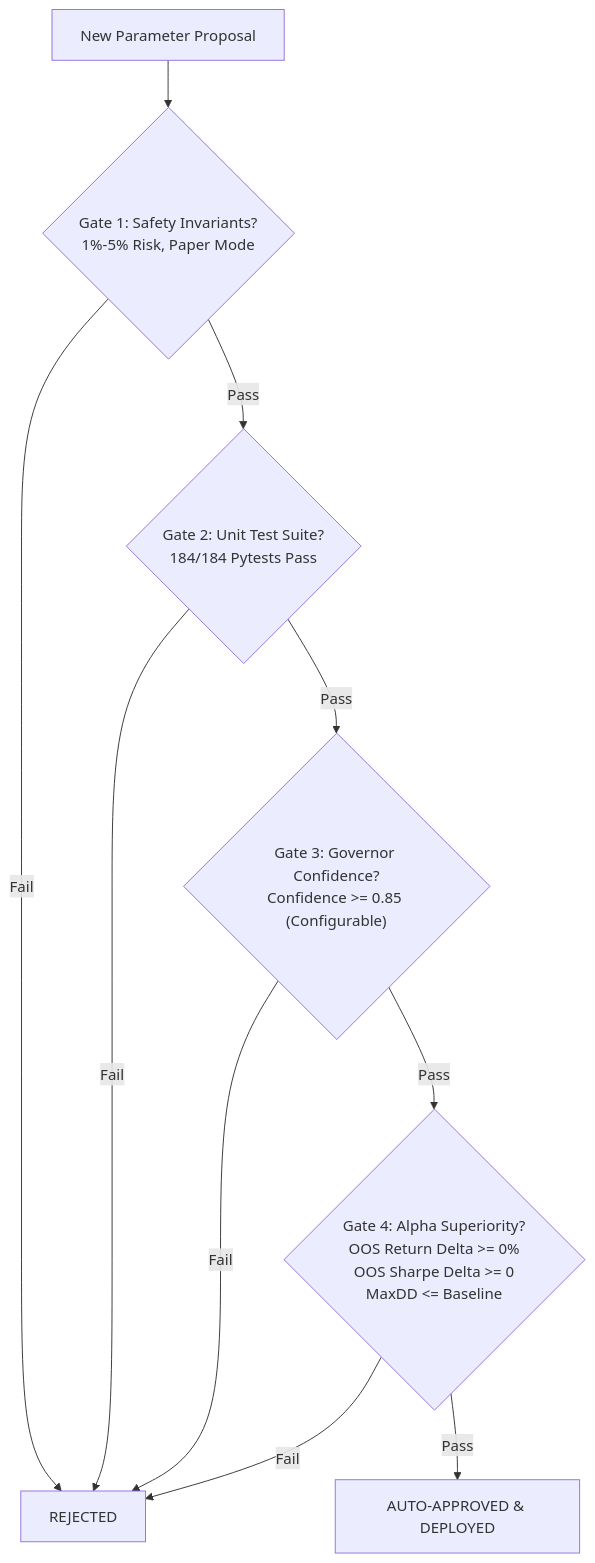
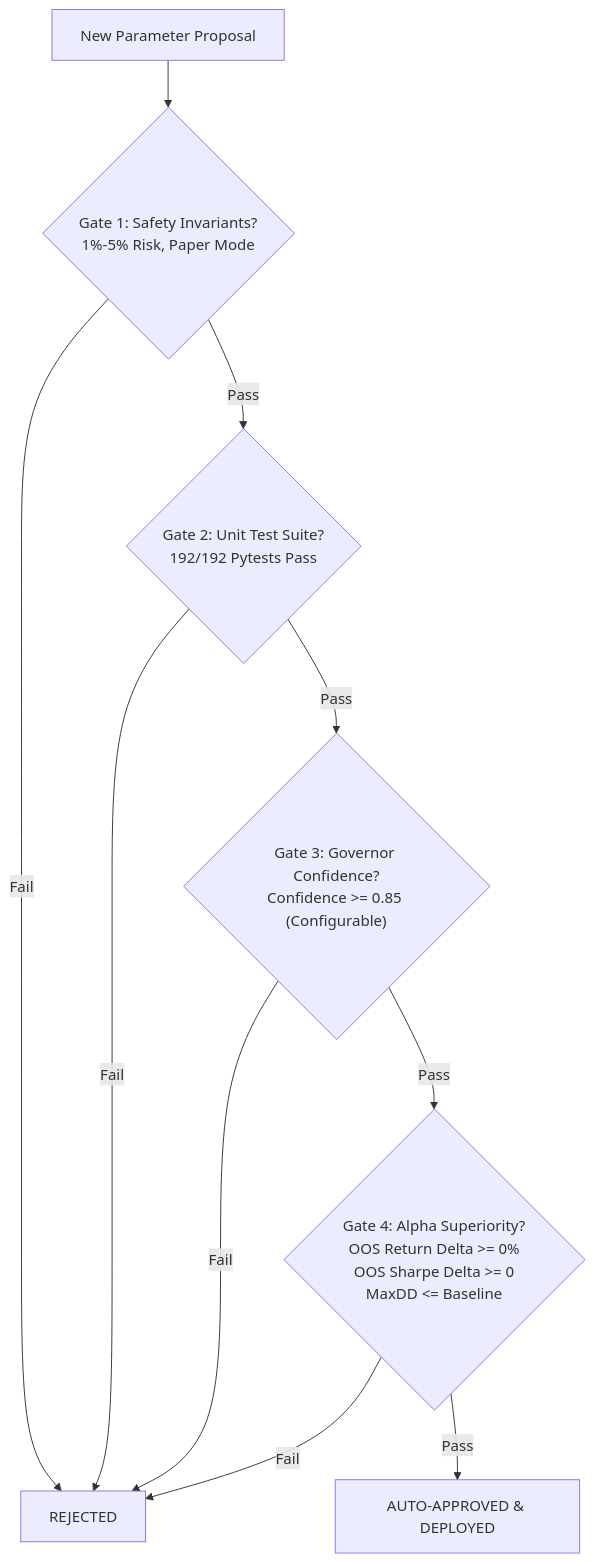
Before and after one commit to iShmuel/web4-trading-agent: the fourth of 5 diagrams in docs/SYSTEM_WALKTHROUGH.md, drawn with Mermaid. The commit also changed other lines of this file and 1 other file, not shown here.

````diff
--- a/docs/SYSTEM_WALKTHROUGH.md
+++ b/docs/SYSTEM_WALKTHROUGH.md
@@ -359,12 +359,12 @@
 ```mermaid
 flowchart TD
     Candidate["New Parameter Proposal"] --> G1{"Gate 1: Safety Invariants?<br/>1%-5% Risk, Paper Mode"}
     G1 -- Fail --> Reject["REJECTED"]
-    G1 -- Pass --> G2{"Gate 2: Unit Test Suite?<br/>184/184 Pytests Pass"}
+    G1 -- Pass --> G2{"Gate 2: Unit Test Suite?<br/>192/192 Pytests Pass"}
     G2 -- Fail --> Reject
     G2 -- Pass --> G3{"Gate 3: Governor Confidence?<br/>Confidence >= 0.85 (Configurable)"}
     G3 -- Fail --> Reject
     G3 -- Pass --> G4{"Gate 4: Alpha Superiority?<br/>OOS Return Delta >= 0%<br/>OOS Sharpe Delta >= 0<br/>MaxDD <= Baseline"}
     G4 -- Fail --> Reject
     G4 -- Pass --> Deploy["AUTO-APPROVED & DEPLOYED"]
 ```
````
